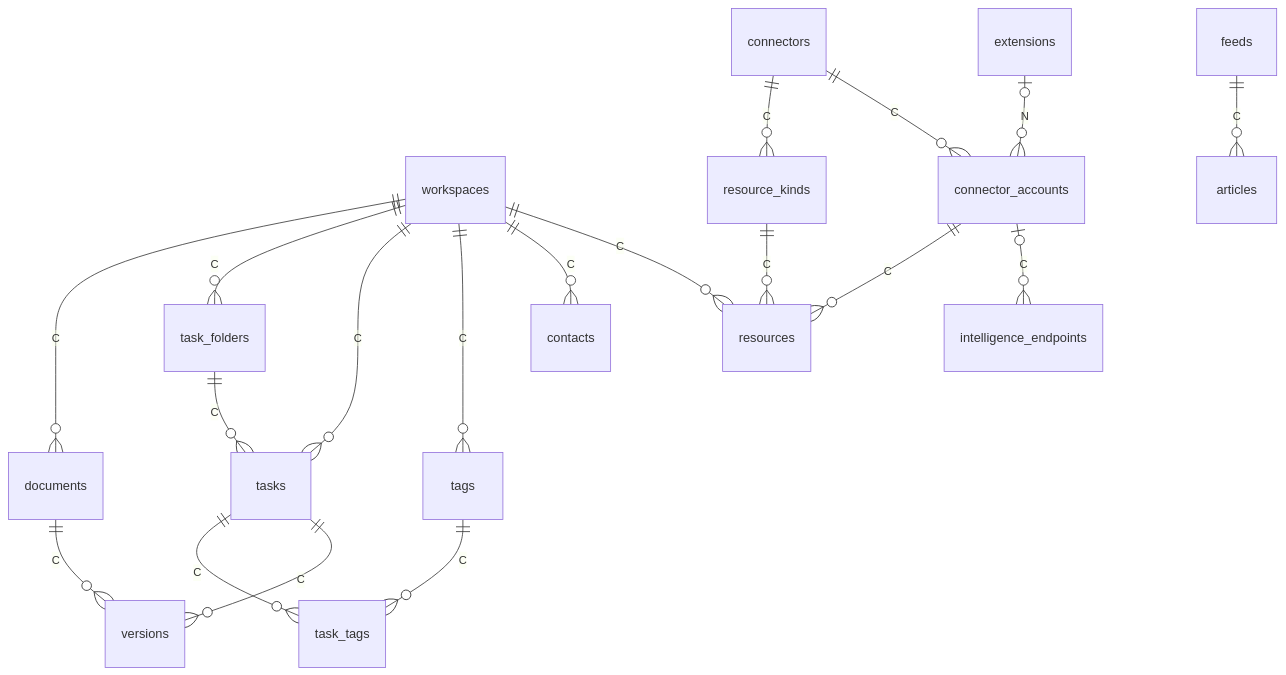
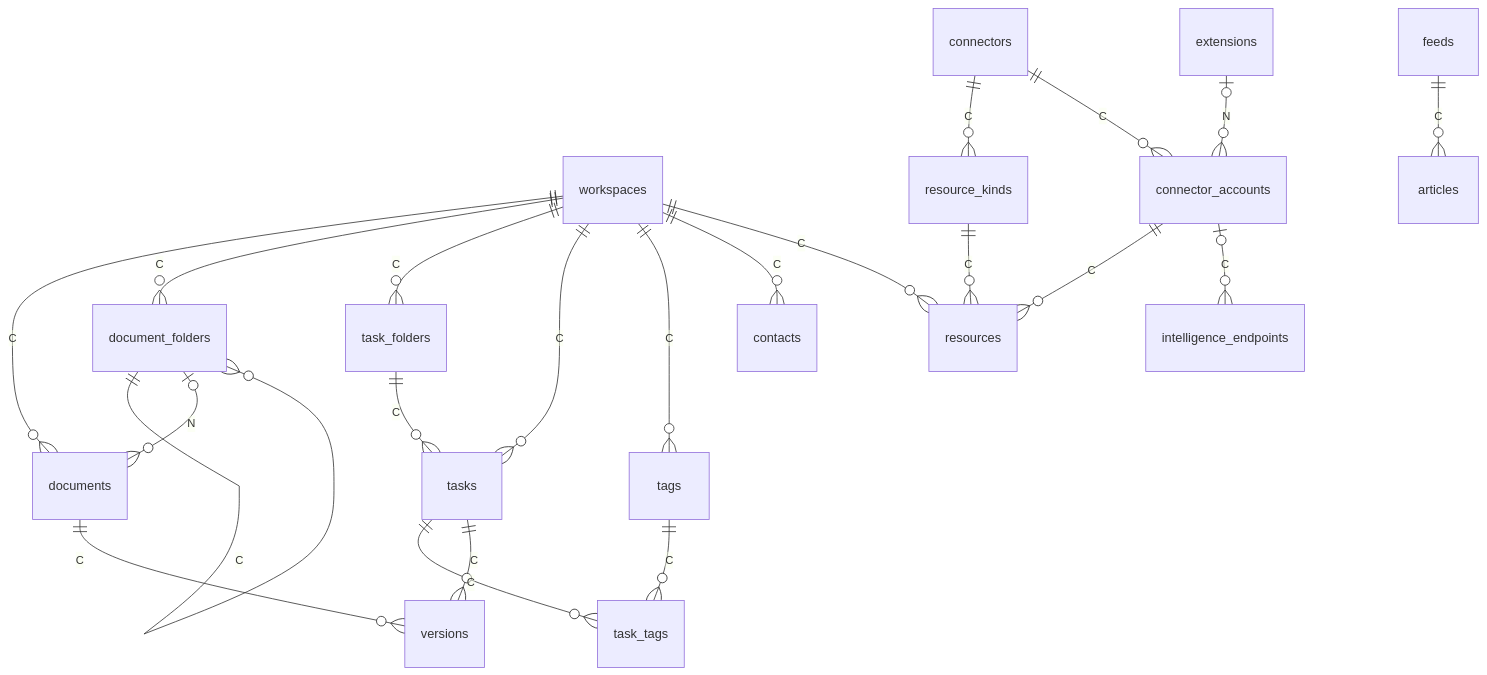
Before and after one commit to cohesionhq/cohesion: the sixth of 10 diagrams in docs/architecture.md, drawn with Mermaid. The commit also changed other lines of this file and 30 other files, not shown here.

First line of the commit message:
feat: documents file into nested folders, with an Inbox for the rest

````diff
--- a/docs/architecture.md
+++ b/docs/architecture.md
@@ -854,21 +856,24 @@
 ```mermaid
 erDiagram
   workspaces ||--o{ documents : C
+  workspaces ||--o{ document_folders : C
+  document_folders ||--o{ document_folders : C
+  document_folders |o--o{ documents : N
   workspaces ||--o{ task_folders : C
   workspaces ||--o{ tasks : C
   task_folders ||--o{ tasks : C
   workspaces ||--o{ tags : C
   tasks ||--o{ task_tags : C
   tags ||--o{ task_tags : C
   workspaces ||--o{ contacts : C
   tasks ||--o{ versions : C
   documents ||--o{ versions : C
   workspaces ||--o{ resources : C
   connector_accounts ||--o{ resources : C
   resource_kinds ||--o{ resources : C
   connectors ||--o{ resource_kinds : C
   connectors ||--o{ connector_accounts : C
   extensions |o--o{ connector_accounts : N
   connector_accounts |o--o{ intelligence_endpoints : C
   feeds ||--o{ articles : C
 ```
````
